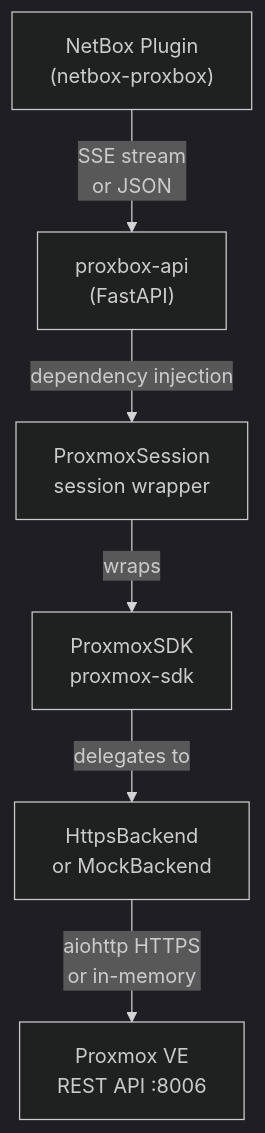
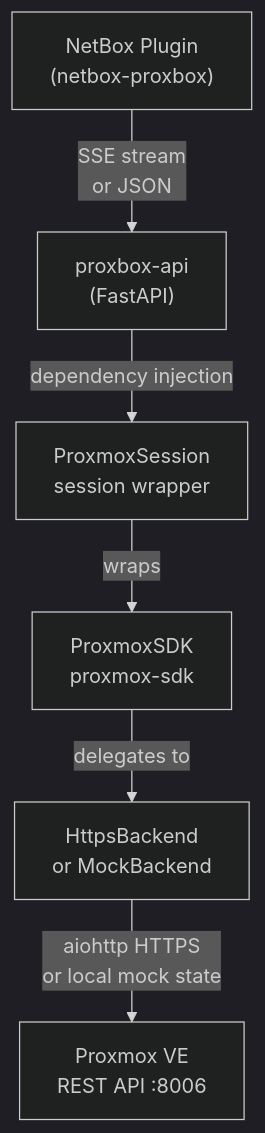
One commit to emersonfelipesp/proxmox-sdk changed the first of 3 diagrams in docs/integration-with-proxbox-api.md. Above: the diagram before and after it, drawn with Mermaid (dark theme). The commit also changed other lines of this file and 13 other files, not shown here.

````diff
--- a/docs/integration-with-proxbox-api.md
+++ b/docs/integration-with-proxbox-api.md
@@ -14,15 +14,15 @@
 ```mermaid
 flowchart TD
     NB["NetBox Plugin\n(netbox-proxbox)"]
     API["proxbox-api\n(FastAPI)"]
     SESSION["ProxmoxSession\nsession wrapper"]
     SDK["ProxmoxSDK\nproxmox-sdk"]
     BACK["HttpsBackend\nor MockBackend"]
     PVE["Proxmox VE\nREST API :8006"]
 
     NB -->|"SSE stream\nor JSON"| API
     API -->|"dependency injection"| SESSION
     SESSION -->|"wraps"| SDK
     SDK -->|"delegates to"| BACK
-    BACK -->|"aiohttp HTTPS\nor in-memory"| PVE
+    BACK -->|"aiohttp HTTPS\nor local mock state"| PVE
 ```
````
